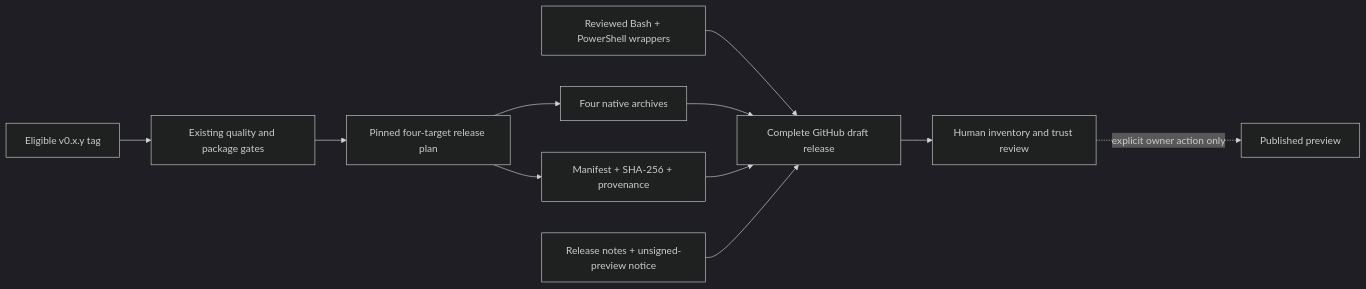
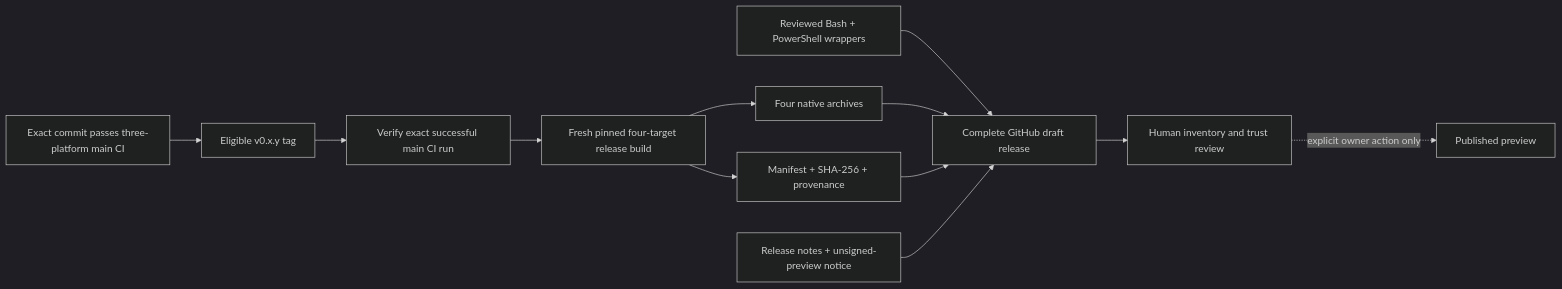
One commit to labcoder/xana changed the first of 2 diagrams in docs/proposals/0018-release-preview-distribution.md. Above: the diagram before and after it, drawn with Mermaid (dark theme). The commit also changed other lines of this file and 7 other files, not shown here.

Commit message:
ci(release): reuse verified main quality gates

````diff
--- a/docs/proposals/0018-release-preview-distribution.md
+++ b/docs/proposals/0018-release-preview-distribution.md
@@ -46,13 +46,14 @@
 ```mermaid
 flowchart LR
-    TAG["Eligible v0.x.y tag"] --> CHECKS["Existing quality and package gates"]
-    CHECKS --> BUILD["Pinned four-target release plan"]
+    MAIN["Exact commit passes three-platform main CI"] --> TAG["Eligible v0.x.y tag"]
+    TAG --> EVIDENCE["Verify exact successful main CI run"]
+    EVIDENCE --> BUILD["Fresh pinned four-target release build"]
     BUILD --> ARCHIVES["Four native archives"]
     BUILD --> META["Manifest + SHA-256 + provenance"]
     SOURCE["Reviewed Bash + PowerShell wrappers"] --> DRAFT["Complete GitHub draft release"]
     ARCHIVES --> DRAFT
     META --> DRAFT
     NOTES["Release notes + unsigned-preview notice"] --> DRAFT
     DRAFT --> REVIEW["Human inventory and trust review"]
     REVIEW -. "explicit owner action only" .-> PUBLIC["Published preview"]
 ```
````
